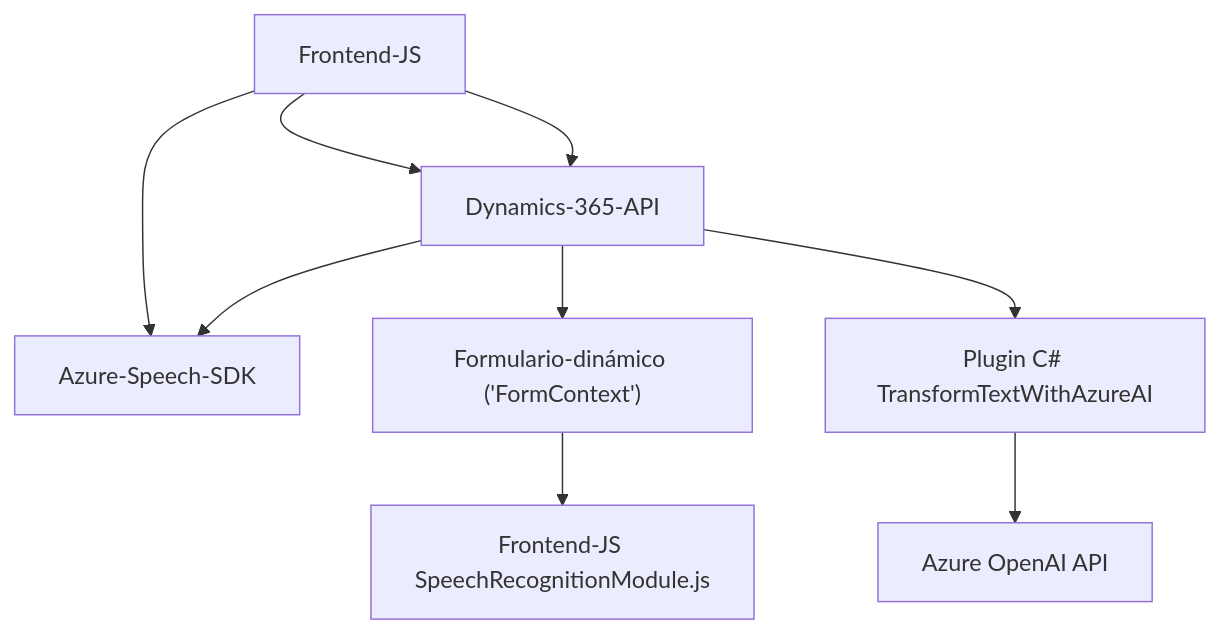
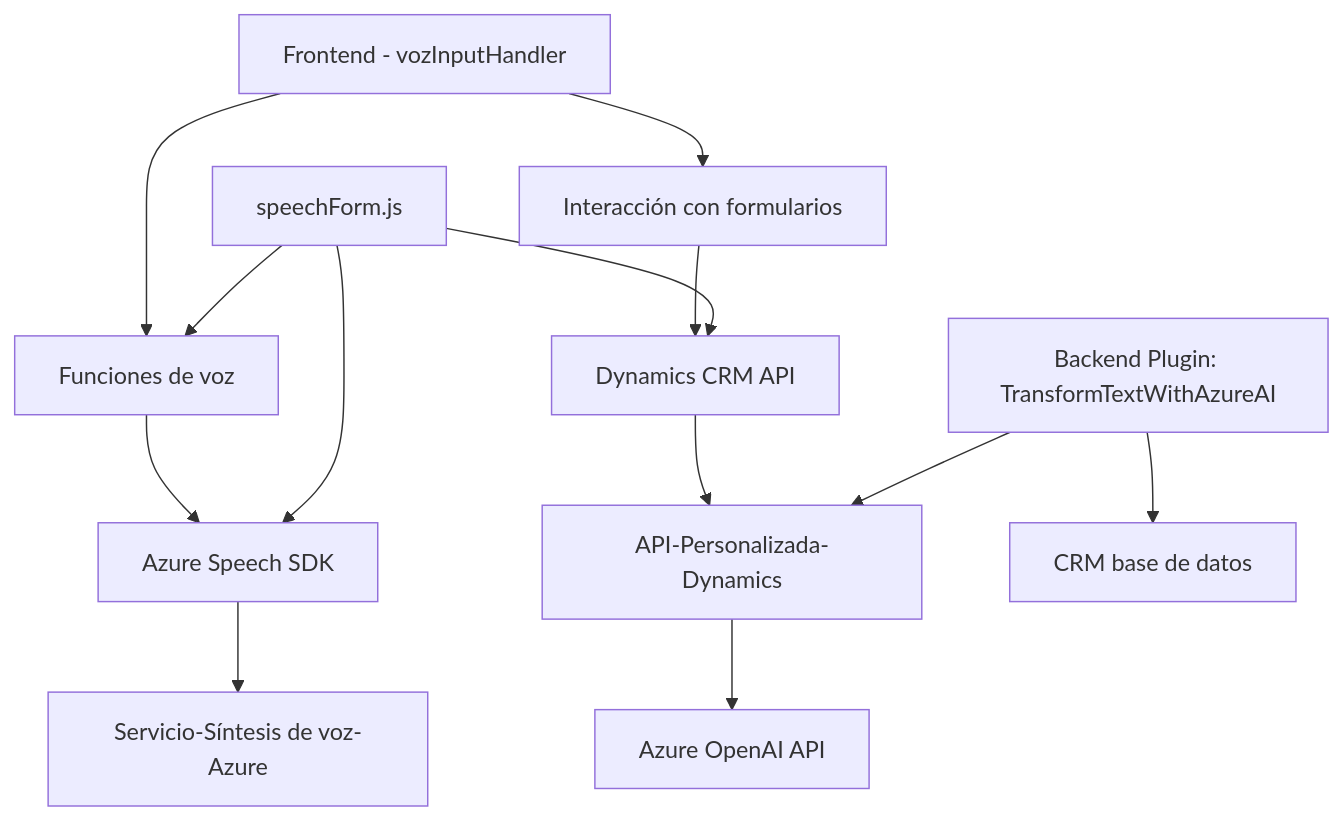
Before and after one commit to blopezdm/NETCORE_BILBAO2025: the diagram in README.md, drawn with Mermaid. The commit also changed other lines of this file, not shown here.

Commit message:
Actualizar análisis global de la solución con IA

````diff
--- a/README.md
+++ b/README.md
@@ -36,11 +41,16 @@
 ```mermaid
 graph TD
-    A["Frontend-JS SpeechSDKIntegration.js"] --> B["Dynamics-365-API"]
-    A["Frontend-JS speechForm.js"] --> B["Dynamics-365-API"]
-    B["Dynamics-365-API"] --> C["Azure-Speech-SDK"]
-    B["Dynamics-365-API"] --> D["Formulario-dinámico ('FormContext')"]
-    D["Formulario-dinámico ('FormContext')"] --> E["Frontend-JS SpeechRecognitionModule.js"]
-    A["Frontend-JS"] --> C["Azure-Speech-SDK"]
-    F["Plugin C# TransformTextWithAzureAI"] --> G["Azure OpenAI API"]
-    B --> F
+    A["Frontend - vozInputHandler"] --> B["Funciones de voz"]
+    A --> C["Interacción con formularios"]
+    B --> D["Azure Speech SDK"]
+    C --> E["Dynamics CRM API"]
+    D --> F["Servicio-Síntesis de voz-Azure"]
+    G["speechForm.js"] --> E
+    G --> B
+    G --> D
+    E --> H["API-Personalizada-Dynamics"]
+
+    I["Backend Plugin: TransformTextWithAzureAI"] --> H
+    H --> J["Azure OpenAI API"]
+    I --> K["CRM base de datos"]
 ```
````
